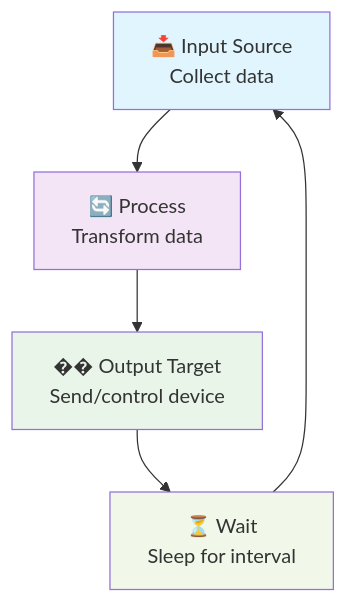
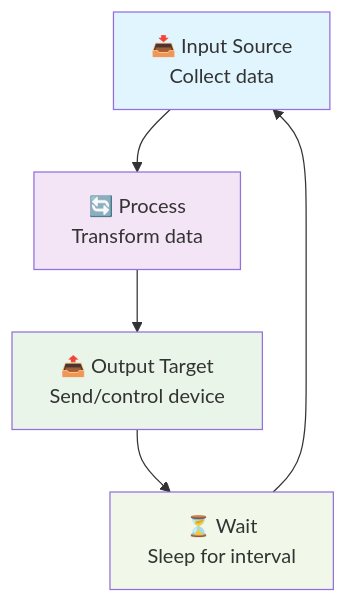
One commit to fixedit-ai/fixedit-data-agent-examples changed the diagram in .project_readme_template.md. Above: the diagram before and after it, drawn with Mermaid. The commit also changed other lines of this file and 1 other file, not shown here.

````diff
--- a/.project_readme_template.md
+++ b/.project_readme_template.md
@@ -9,12 +9,12 @@
 ```mermaid
 flowchart TD
     A["📥 Input Source<br/>Collect data"] --> B["🔄 Process<br/>Transform data"]
-    B --> C["�� Output Target<br/>Send/control device"]
+    B --> C["📤 Output Target<br/>Send/control device"]
     C --> D["⏳ Wait<br/>Sleep for interval"]
     D --> A
 
     style A fill:#e1f5fe
     style B fill:#f3e5f5
     style C fill:#e8f5e8
     style D fill:#f1f8e9
 ```
````
